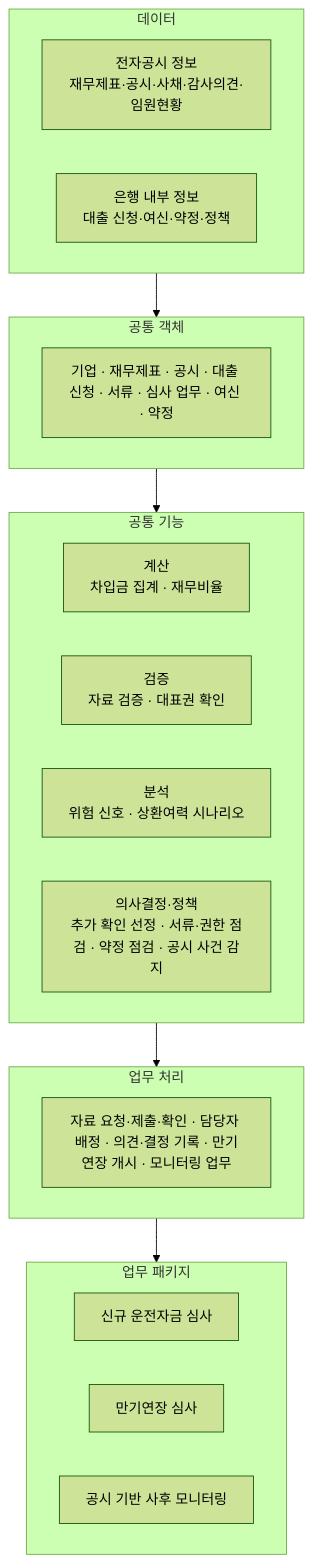
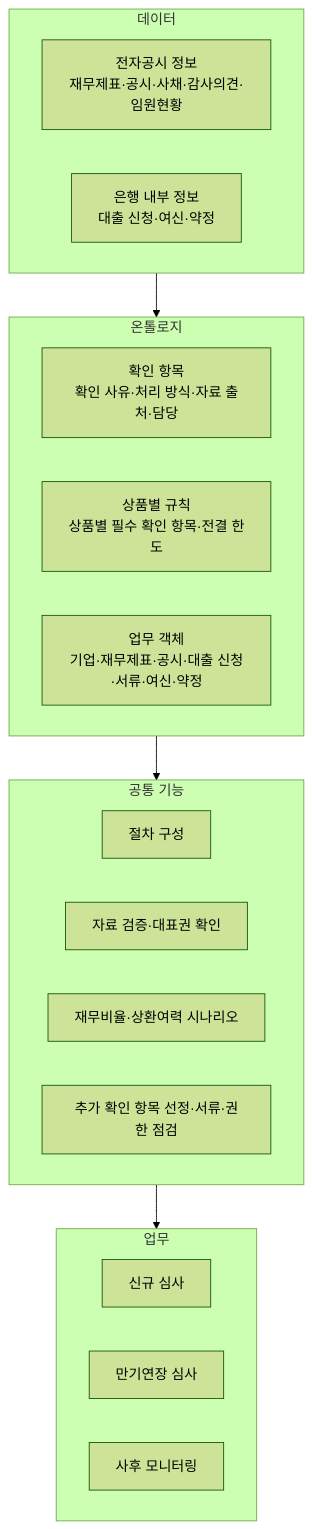
The diagram in docs/구상안.md (kjhoeakjy/nice), drawn with Mermaid (forest theme) before and after one commit. The commit also changed other lines of this file and 10 other files, not shown here.

````diff
--- a/docs/구상안.md
+++ b/docs/구상안.md
@@ -58,25 +57,24 @@
 ```mermaid
 flowchart TB
   subgraph D[데이터]
     D1[전자공시 정보<br/>재무제표·공시·사채·감사의견·임원현황]
-    D2[은행 내부 정보<br/>대출 신청·여신·약정·정책]
+    D2[은행 내부 정보<br/>대출 신청·여신·약정]
   end
-  subgraph O[공통 객체]
-    O1[기업 · 재무제표 · 공시 · 대출 신청 · 서류 · 심사 업무 · 여신 · 약정]
+  subgraph O[온톨로지]
+    O1[확인 항목<br/>확인 사유·처리 방식·자료 출처·담당]
+    O2[상품별 규칙<br/>상품별 필수 확인 항목·전결 한도]
+    O3[업무 객체<br/>기업·재무제표·공시·대출 신청·서류·여신·약정]
   end
   subgraph F[공통 기능]
-    F1[계산<br/>차입금 집계 · 재무비율]
-    F2[검증<br/>자료 검증 · 대표권 확인]
-    F3[분석<br/>위험 신호 · 상환여력 시나리오]
-    F4[의사결정·정책<br/>추가 확인 선정 · 서류·권한 점검 · 약정 점검 · 공시 사건 감지]
+    F1[절차 구성]
+    F2[자료 검증·대표권 확인]
+    F3[재무비율·상환여력 시나리오]
+    F4[추가 확인 항목 선정·서류·권한 점검]
   end
-  subgraph A[업무 처리]
-    A1[자료 요청·제출·확인 · 담당자 배정 · 의견·결정 기록 · 만기연장 개시 · 모니터링 업무]
+  subgraph P[업무]
+    P1[신규 심사]
+    P2[만기연장 심사]
+    P3[사후 모니터링]
   end
-  subgraph P[업무 패키지]
-    P1[신규 운전자금 심사]
-    P2[만기연장 심사]
-    P3[공시 기반 사후 모니터링]
-  end
-  D --> O --> F --> A --> P
+  D --> O --> F --> P
 ```
````
